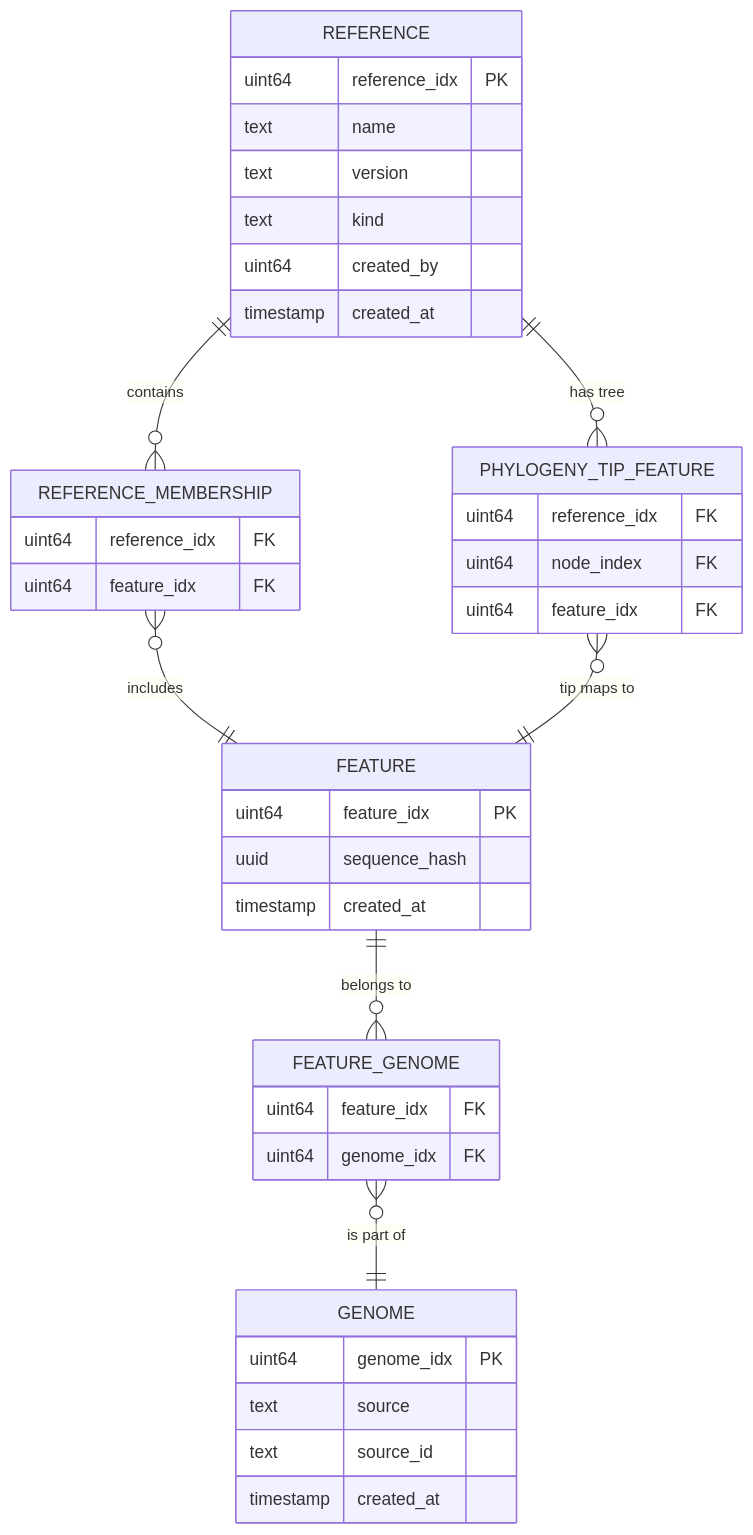
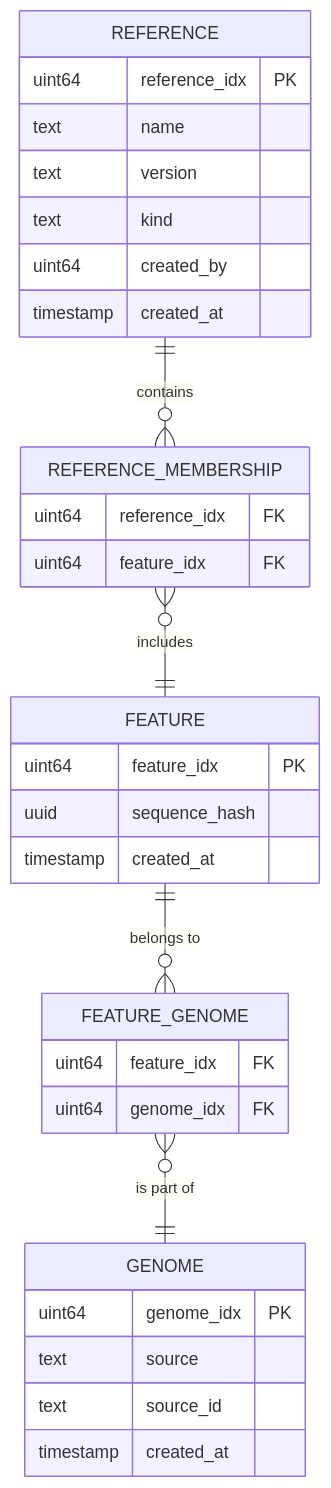
The second of 4 diagrams in docs/architecture.md (the-miint/Qiita), drawn with Mermaid before and after one commit. The commit also changed other lines of this file and 3 other files, not shown here.

````diff
--- a/docs/architecture.md
+++ b/docs/architecture.md
@@ -252,47 +252,39 @@
 ```mermaid
 erDiagram
     REFERENCE ||--o{ REFERENCE_MEMBERSHIP : contains
     REFERENCE_MEMBERSHIP }o--|| FEATURE : includes
     FEATURE ||--o{ FEATURE_GENOME : "belongs to"
     FEATURE_GENOME }o--|| GENOME : "is part of"
-    REFERENCE ||--o{ PHYLOGENY_TIP_FEATURE : "has tree"
-    PHYLOGENY_TIP_FEATURE }o--|| FEATURE : "tip maps to"
 
     REFERENCE {
         uint64 reference_idx PK
         text name
         text version
         text kind
         uint64 created_by
         timestamp created_at
     }
 
     GENOME {
         uint64 genome_idx PK
         text source
         text source_id
         timestamp created_at
     }
 
     FEATURE {
         uint64 feature_idx PK
         uuid sequence_hash
         timestamp created_at
     }
 
     REFERENCE_MEMBERSHIP {
         uint64 reference_idx FK
         uint64 feature_idx FK
     }
 
     FEATURE_GENOME {
         uint64 feature_idx FK
         uint64 genome_idx FK
     }
-
-    PHYLOGENY_TIP_FEATURE {
-        uint64 reference_idx FK
-        uint64 node_index FK
-        uint64 feature_idx FK
-    }
 ```
````
